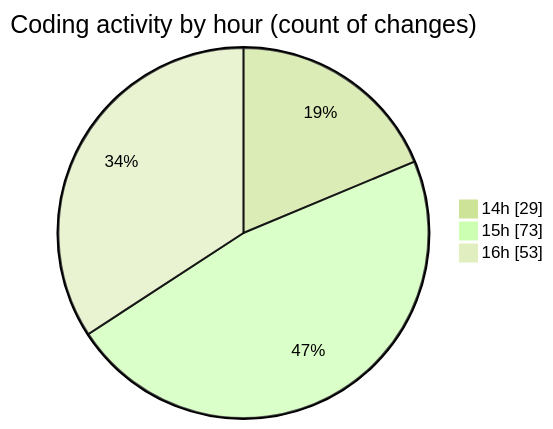
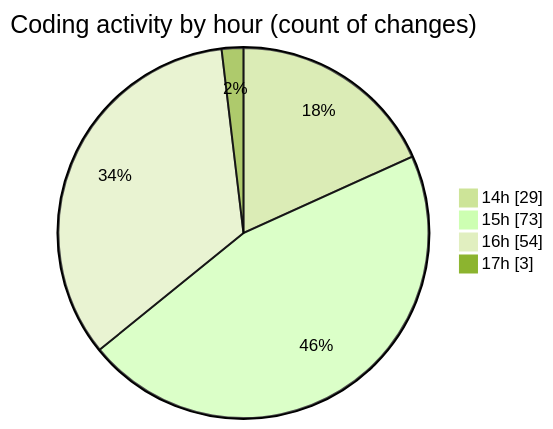
The second of 2 diagrams in 2025-06-05/ecodeli-1/README.md (CELIANVF/code-tracking), drawn with Mermaid (forest theme) before and after one commit. The commit also changed other lines of this file and 1 other file, not shown here.

````diff
--- a/2025-06-05/ecodeli-1/README.md
+++ b/2025-06-05/ecodeli-1/README.md
@@ -82,7 +83,8 @@
 ```mermaid
 pie showData
 title Coding activity by hour (count of changes)
 "14h" : 29
 "15h" : 73
-"16h" : 53
+"16h" : 54
+"17h" : 3
 ```
````
